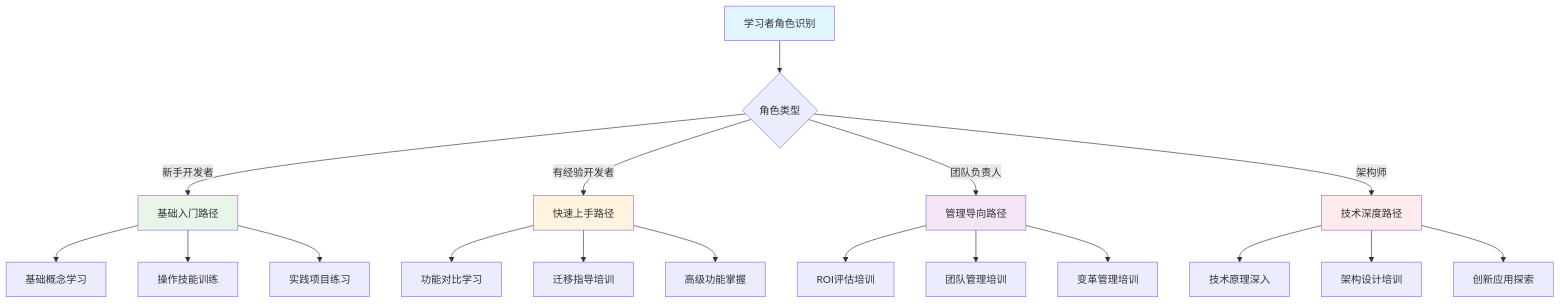
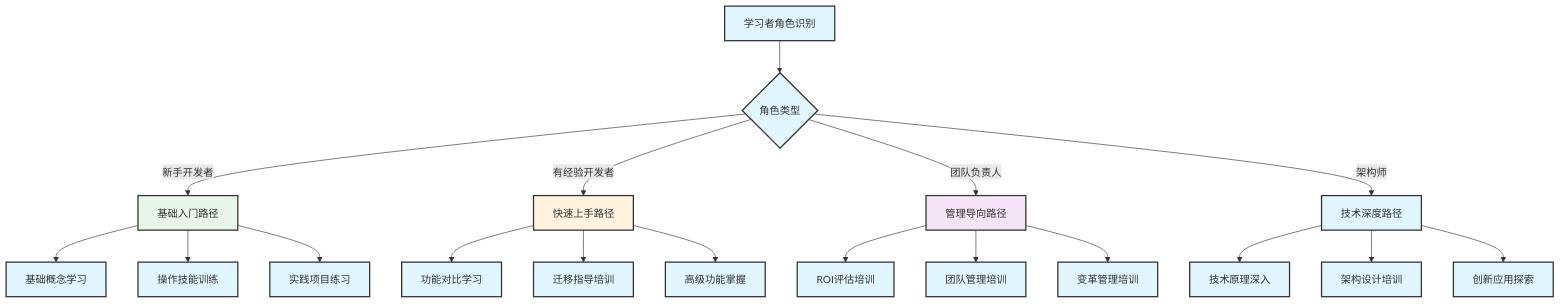
One commit to Coldplay-now/ai-ide-guide-core changed the third of 4 diagrams in docs/chapters/12-team-training-capability-building.md. Above: the diagram before and after it, drawn with Mermaid. The commit also changed other lines of this file and 148 other files, not shown here.

````diff
--- a/docs/chapters/12-team-training-capability-building.md
+++ b/docs/chapters/12-team-training-capability-building.md
@@ -317,31 +355,30 @@
 ```mermaid
 graph TD
     A[学习者角色识别] --> B{角色类型}
     B -->|新手开发者| C[基础入门路径]
     B -->|有经验开发者| D[快速上手路径]
     B -->|团队负责人| E[管理导向路径]
     B -->|架构师| F[技术深度路径]
-    
     C --> G[基础概念学习]
     C --> H[操作技能训练]
     C --> I[实践项目练习]
-    
     D --> J[功能对比学习]
     D --> K[迁移指导培训]
     D --> L[高级功能掌握]
-    
     E --> M[ROI评估培训]
     E --> N[团队管理培训]
     E --> O[变革管理培训]
-    
     F --> P[技术原理深入]
     F --> Q[架构设计培训]
     F --> R[创新应用探索]
-    
     style A fill:#e1f5fe
     style C fill:#e8f5e8
     style D fill:#fff3e0
     style E fill:#f3e5f5
-    style F fill:#ffebee
-
+    style F fill:#e1f5fe
+%% Standard styling
+classDef default fill:#e1f5fe,stroke:#333,stroke-width:2px
+classDef highlight fill:#bbdefb,stroke:#333,stroke-width:3px
+classDef process fill:#90caf9,stroke:#333,stroke-width:2px
+classDef decision fill:#64b5f6,stroke:#333,stroke-width:2px
 ```
````
